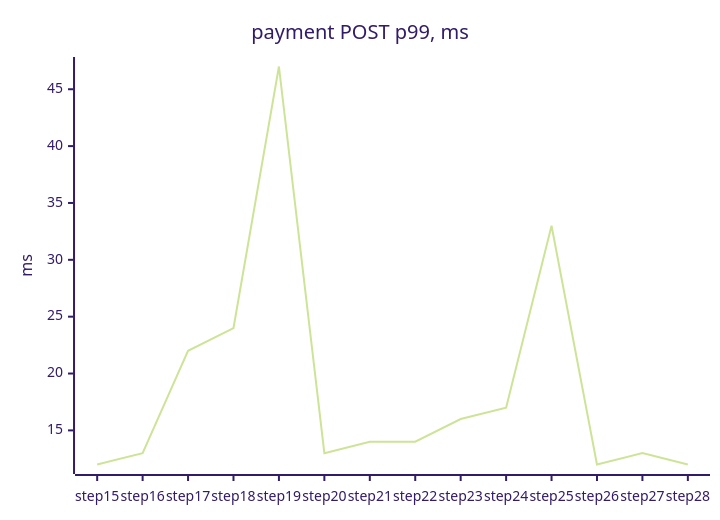
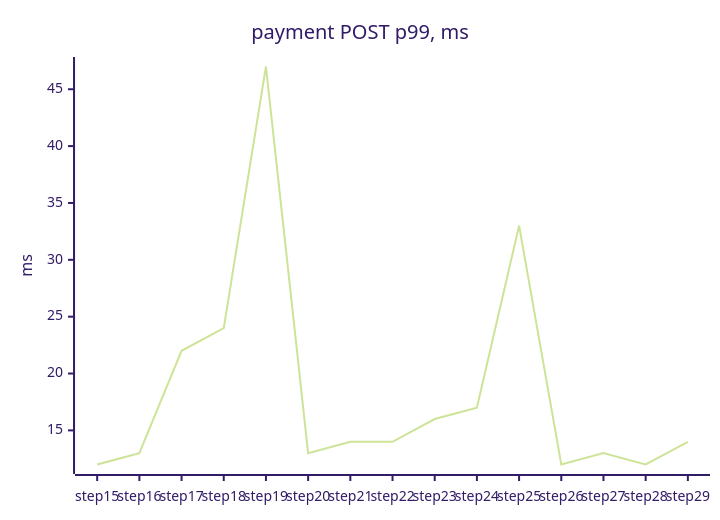
One commit to tanvoid0/ledgerflow changed the third of 4 diagrams in docs/perf/README.md. Above: the diagram before and after it, drawn with Mermaid (forest theme). The commit also changed other lines of this file and 13 other files, not shown here.

````diff
--- a/docs/perf/README.md
+++ b/docs/perf/README.md
@@ -113,7 +116,7 @@
 ```mermaid
 xychart-beta
     title "payment POST p99, ms"
-    x-axis ["step15", "step16", "step17", "step18", "step19", "step20", "step21", "step22", "step23", "step24", "step25", "step26", "step27", "step28"]
+    x-axis ["step15", "step16", "step17", "step18", "step19", "step20", "step21", "step22", "step23", "step24", "step25", "step26", "step27", "step28", "step29"]
     y-axis "ms"
-    line [12, 13, 22, 24, 47, 13, 14, 14, 16, 17, 33, 12, 13, 12]
+    line [12, 13, 22, 24, 47, 13, 14, 14, 16, 17, 33, 12, 13, 12, 14]
 ```
````
